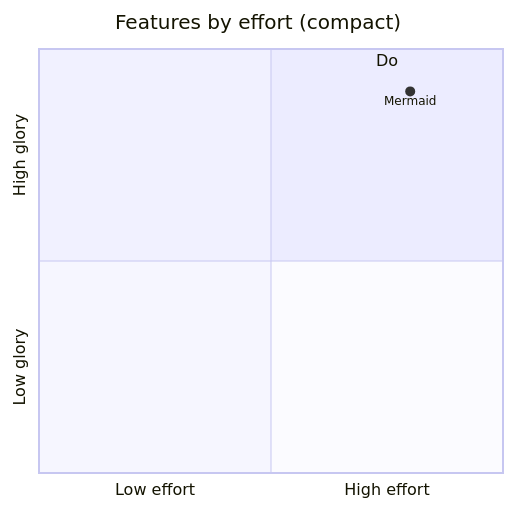
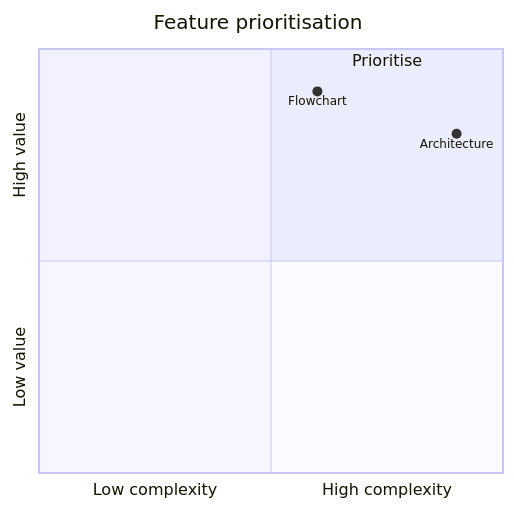
Before and after one commit to nullean/mermaider: diagram 16 of 27 in tests/Mermaider.Tests/Fixtures/mermaid.md, drawn with Mermaid. The commit also changed other lines of this file, not shown here.

Commit message:
Rewrite mermaid.md fixture to be Mermaider-focused, remove WinPrint references

````diff
--- a/tests/Mermaider.Tests/Fixtures/mermaid.md
+++ b/tests/Mermaider.Tests/Fixtures/mermaid.md
@@ -235,7 +219,8 @@
 ```mermaid
-quadrantChart title Features by effort (compact)
-    x-axis Low effort --> High effort
-    y-axis Low glory --> High glory
-    quadrant-1 Do
-    Mermaid: [0.8, 0.9]
+quadrantChart title Feature prioritisation
+    x-axis Low complexity --> High complexity
+    y-axis Low value --> High value
+    quadrant-1 Prioritise
+    Flowchart: [0.6, 0.9]
+    Architecture: [0.9, 0.8]
 ```
````
